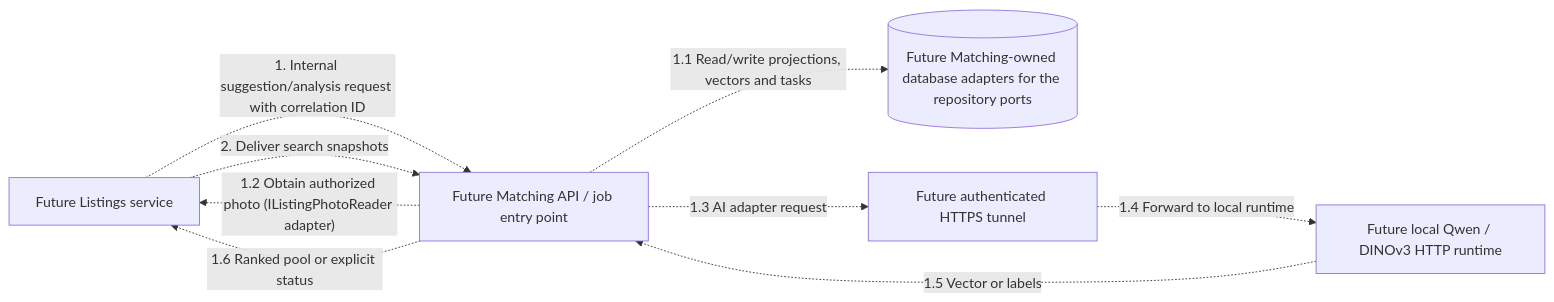
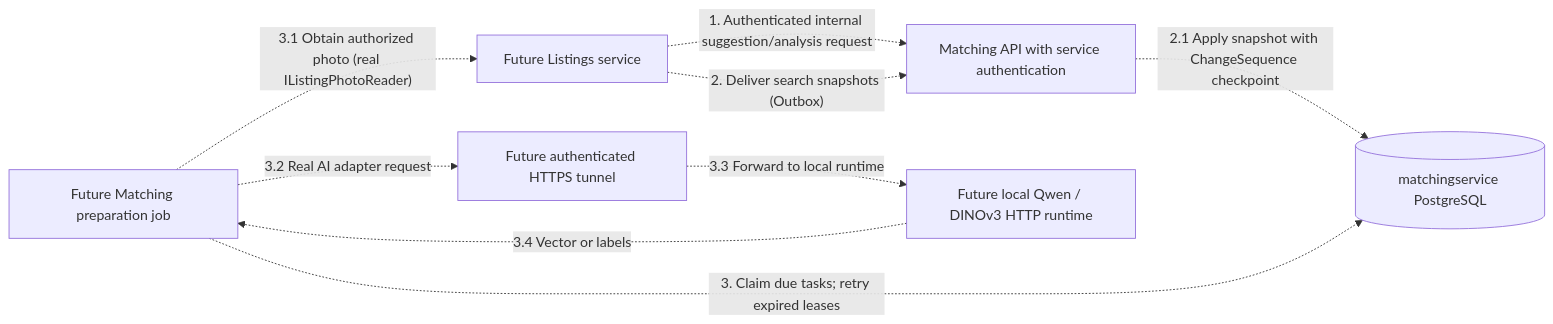
Before and after one commit to bogdan-spilevoi/ASET-master-year-1: the second of 2 diagrams in src/Services/Matching/COMMUNICATION.md, drawn with Mermaid. The commit also changed other lines of this file and 54 other files, not shown here.

Commit message:
Add mock AI behavior, photo analysis request, and logging structures; configure database context and repositories

````diff
--- a/src/Services/Matching/COMMUNICATION.md
+++ b/src/Services/Matching/COMMUNICATION.md
@@ -87,17 +87,18 @@
 ```mermaid
 flowchart LR
     Listings["Future Listings service"]
-    Matching["Future Matching API / job entry point"]
-    DB[("Future Matching-owned database adapters for the repository ports")]
+    Matching["Matching API with service authentication"]
+    Worker["Future Matching preparation job"]
+    DB[("matchingservice PostgreSQL")]
     Tunnel["Future authenticated HTTPS tunnel"]
     AI["Future local Qwen / DINOv3 HTTP runtime"]
 
-    Listings -.->|"1. Internal suggestion/analysis request with correlation ID"| Matching
-    Matching -.->|"1.1 Read/write projections, vectors and tasks"| DB
-    Matching -.->|"1.2 Obtain authorized photo (IListingPhotoReader adapter)"| Listings
-    Matching -.->|"1.3 AI adapter request"| Tunnel
-    Tunnel -.->|"1.4 Forward to local runtime"| AI
-    AI -.->|"1.5 Vector or labels"| Matching
-    Matching -.->|"1.6 Ranked pool or explicit status"| Listings
-    Listings -.->|"2. Deliver search snapshots"| Matching
+    Listings -.->|"1. Authenticated internal suggestion/analysis request"| Matching
+    Listings -.->|"2. Deliver search snapshots (Outbox)"| Matching
+    Matching -.->|"2.1 Apply snapshot with ChangeSequence checkpoint"| DB
+    Worker -.->|"3. Claim due tasks; retry expired leases"| DB
+    Worker -.->|"3.1 Obtain authorized photo (real IListingPhotoReader)"| Listings
+    Worker -.->|"3.2 Real AI adapter request"| Tunnel
+    Tunnel -.->|"3.3 Forward to local runtime"| AI
+    AI -.->|"3.4 Vector or labels"| Worker
 ```
````
